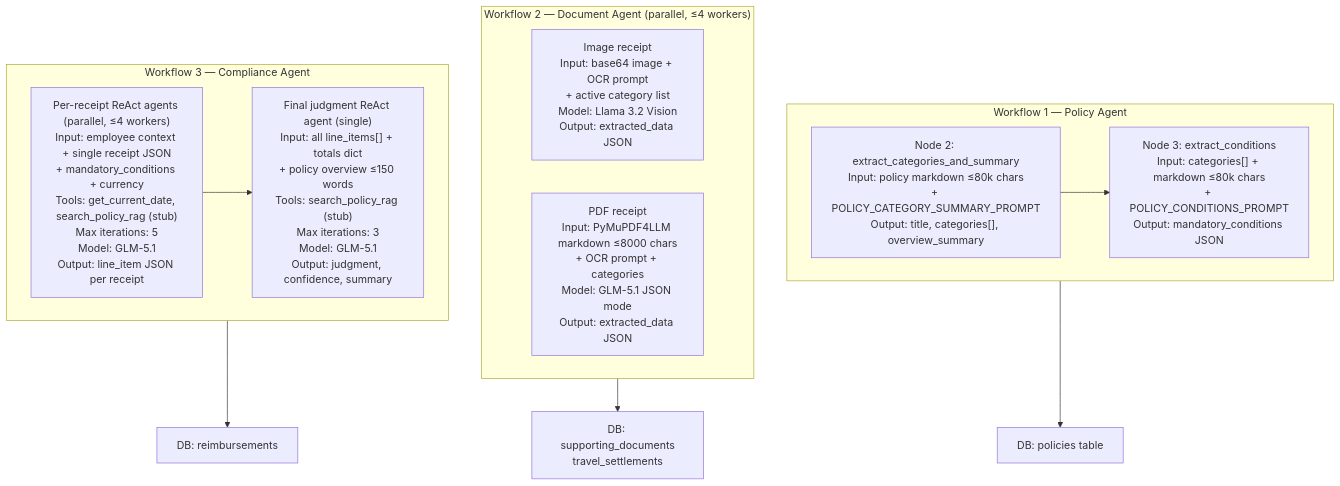
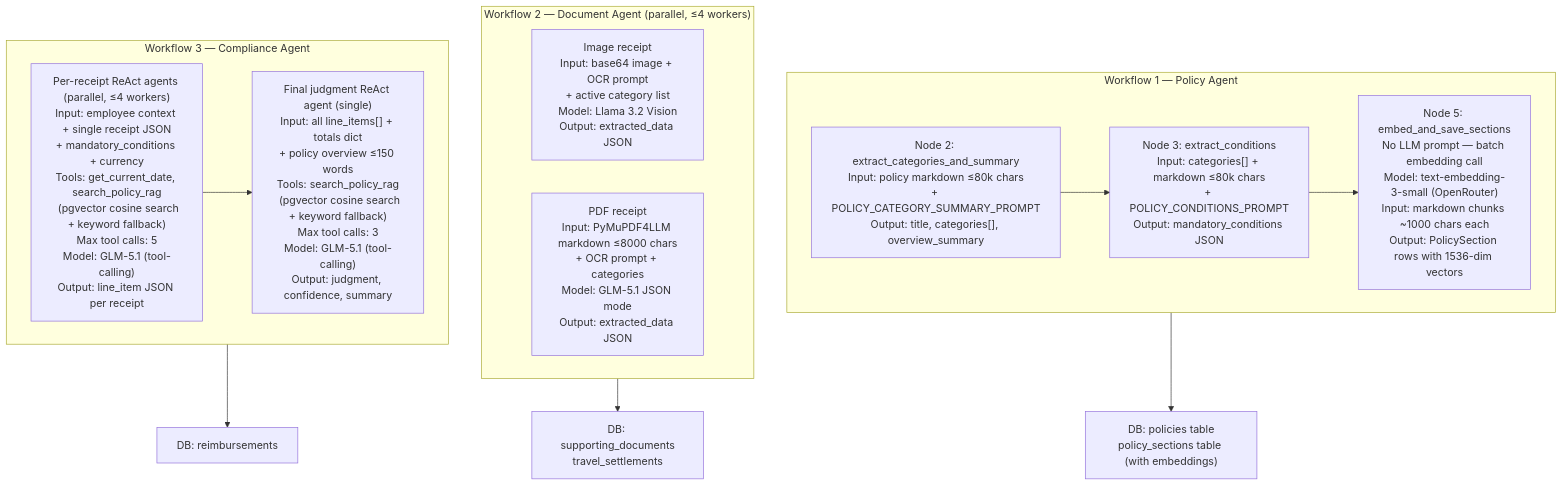
Before and after one commit to FilbertNg/reclaim_backup: the second of 6 diagrams in docs/ai-templates/sad/SAD_Mermaid_Diagram.md, drawn with Mermaid. The commit also changed other lines of this file and 6 other files, not shown here.

````diff
--- a/docs/ai-templates/sad/SAD_Mermaid_Diagram.md
+++ b/docs/ai-templates/sad/SAD_Mermaid_Diagram.md
@@ -62,23 +64,24 @@
 ```mermaid
 flowchart TD
     subgraph W1["Workflow 1 — Policy Agent"]
         N2["Node 2: extract_categories_and_summary\nInput: policy markdown ≤80k chars\n+ POLICY_CATEGORY_SUMMARY_PROMPT\nOutput: title, categories[], overview_summary"]
         N3["Node 3: extract_conditions\nInput: categories[] + markdown ≤80k chars\n+ POLICY_CONDITIONS_PROMPT\nOutput: mandatory_conditions JSON"]
-        N2 --> N3
+        N5["Node 5: embed_and_save_sections\nNo LLM prompt — batch embedding call\nModel: text-embedding-3-small (OpenRouter)\nInput: markdown chunks ~1000 chars each\nOutput: PolicySection rows with 1536-dim vectors"]
+        N2 --> N3 --> N5
     end
 
     subgraph W2["Workflow 2 — Document Agent (parallel, ≤4 workers)"]
         IMG["Image receipt\nInput: base64 image + OCR prompt\n+ active category list\nModel: Llama 3.2 Vision\nOutput: extracted_data JSON"]
         PDF["PDF receipt\nInput: PyMuPDF4LLM markdown ≤8000 chars\n+ OCR prompt + categories\nModel: GLM-5.1 JSON mode\nOutput: extracted_data JSON"]
     end
 
     subgraph W3["Workflow 3 — Compliance Agent"]
-        PER["Per-receipt ReAct agents (parallel, ≤4 workers)\nInput: employee context + single receipt JSON\n+ mandatory_conditions + currency\nTools: get_current_date, search_policy_rag (stub)\nMax iterations: 5\nModel: GLM-5.1\nOutput: line_item JSON per receipt"]
-        FINAL["Final judgment ReAct agent (single)\nInput: all line_items[] + totals dict\n+ policy overview ≤150 words\nTools: search_policy_rag (stub)\nMax iterations: 3\nModel: GLM-5.1\nOutput: judgment, confidence, summary"]
+        PER["Per-receipt ReAct agents (parallel, ≤4 workers)\nInput: employee context + single receipt JSON\n+ mandatory_conditions + currency\nTools: get_current_date, search_policy_rag\n  (pgvector cosine search + keyword fallback)\nMax tool calls: 5\nModel: GLM-5.1 (tool-calling)\nOutput: line_item JSON per receipt"]
+        FINAL["Final judgment ReAct agent (single)\nInput: all line_items[] + totals dict\n+ policy overview ≤150 words\nTools: search_policy_rag\n  (pgvector cosine search + keyword fallback)\nMax tool calls: 3\nModel: GLM-5.1 (tool-calling)\nOutput: judgment, confidence, summary"]
         PER --> FINAL
     end
 
-    W1 --> DB1["DB: policies table"]
+    W1 --> DB1["DB: policies table\npolicy_sections table (with embeddings)"]
     W2 --> DB2["DB: supporting_documents\ntravel_settlements"]
     W3 --> DB3["DB: reimbursements"]
 ```
````
